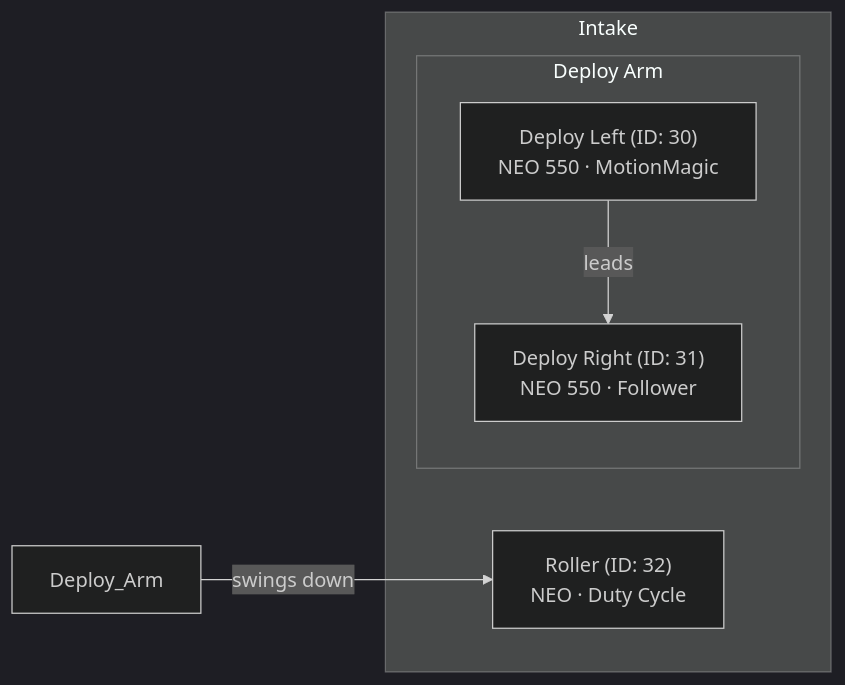
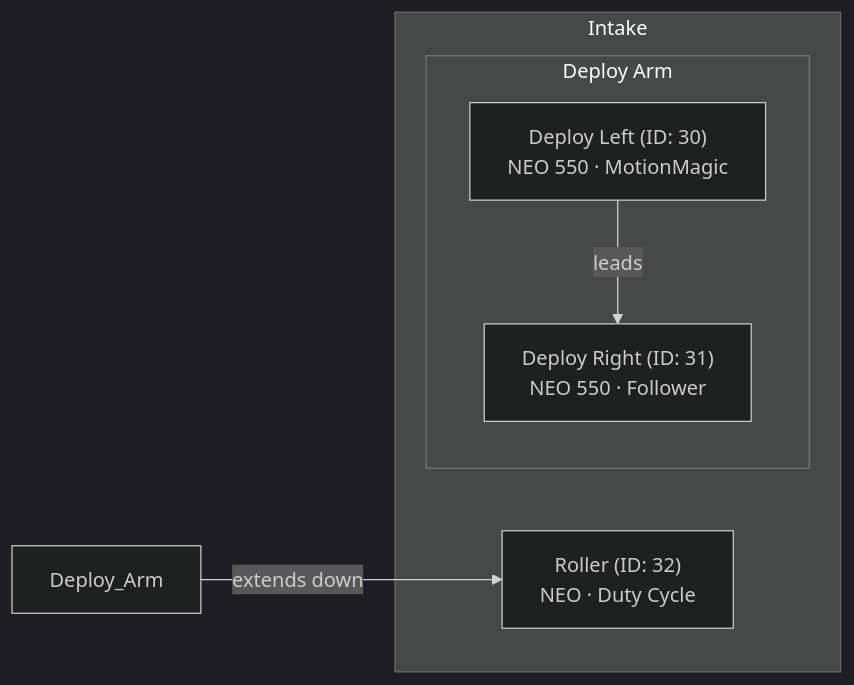
Before and after one commit to FRC3944AllKnights/2026-rebuilt-java: the second of 4 diagrams in docs/subsystems.md, drawn with Mermaid (dark theme). The commit also changed other lines of this file and 1 other file, not shown here.

````diff
--- a/docs/subsystems.md
+++ b/docs/subsystems.md
@@ -102,13 +102,13 @@
 ```mermaid
 flowchart LR
     subgraph Intake
         subgraph Deploy Arm
-            DL["Deploy Left (ID: 30)\nNEO 550 · MotionMagic"]
-            DR["Deploy Right (ID: 31)\nNEO 550 · Follower"]
+            DL["Deploy Left (ID: 30)<br>NEO 550 · MotionMagic"]
+            DR["Deploy Right (ID: 31)<br>NEO 550 · Follower"]
         end
-        Roller["Roller (ID: 32)\nNEO · Duty Cycle"]
+        Roller["Roller (ID: 32)<br>NEO · Duty Cycle"]
     end
 
     DL -->|"leads"| DR
-    Deploy_Arm -->|swings down| Roller
+    Deploy_Arm -->|extends down| Roller
 ```
````
